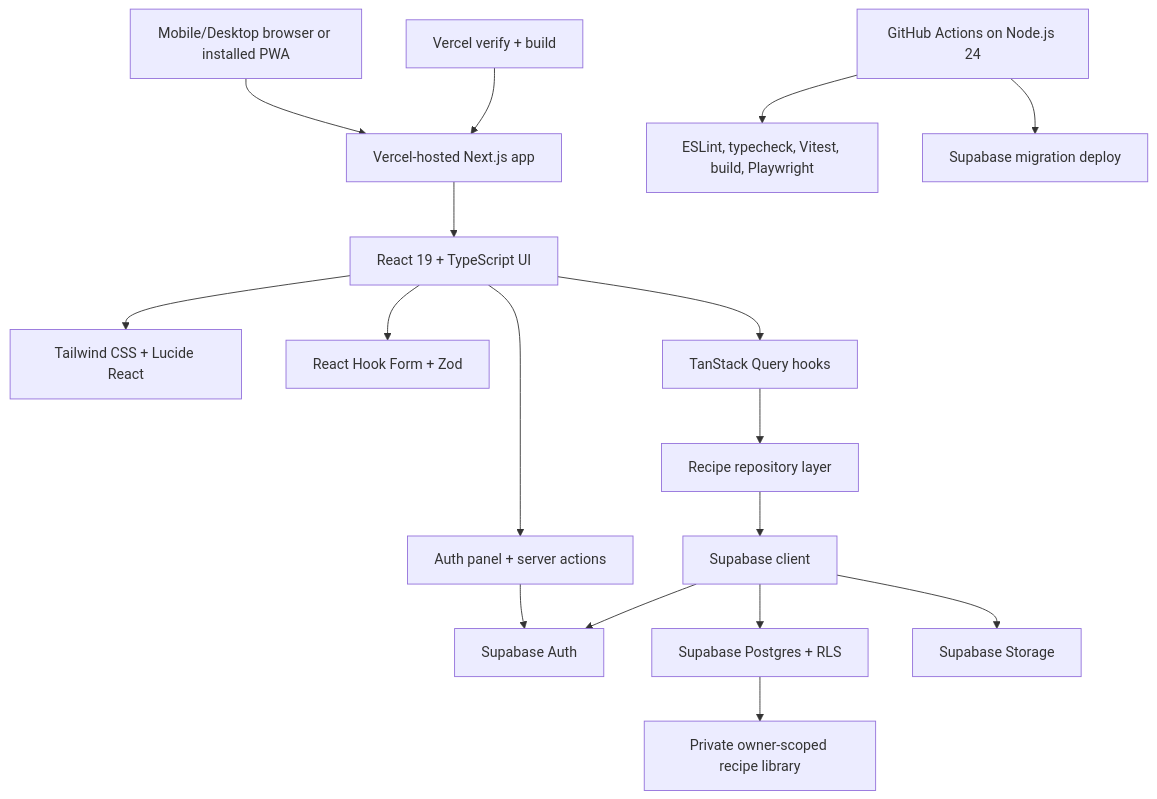
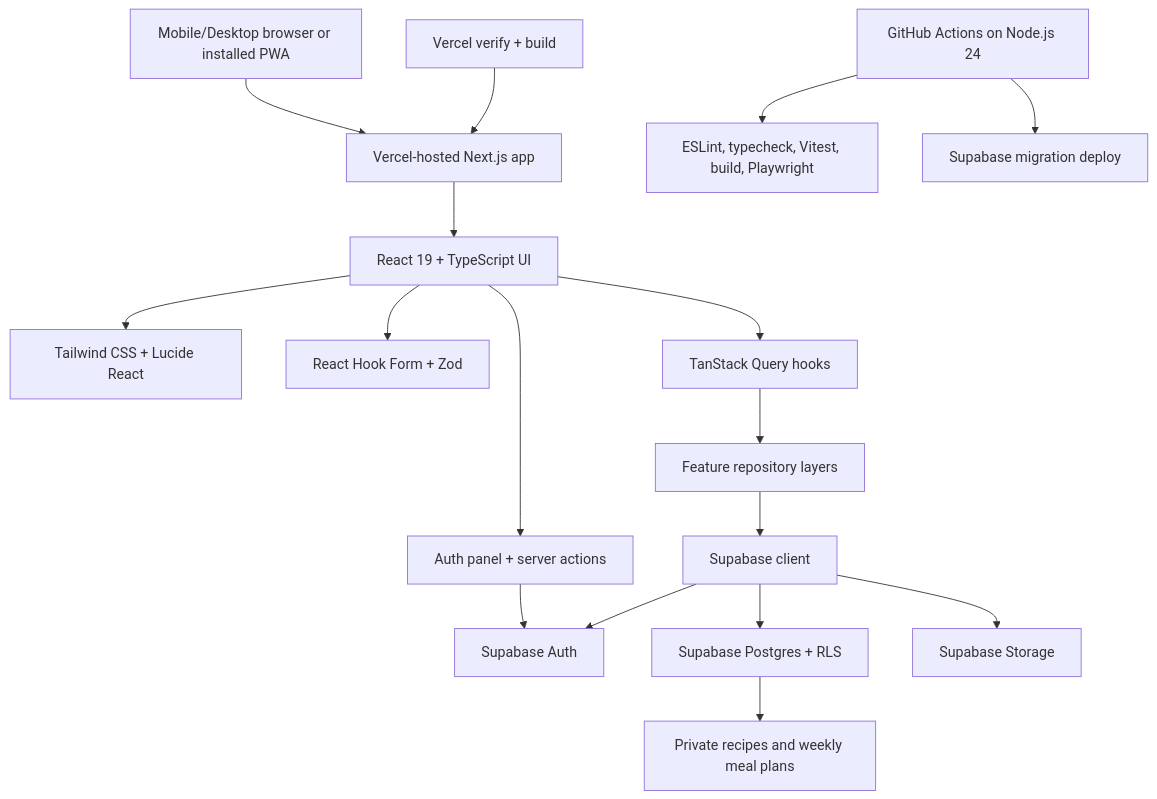
The first of 4 diagrams in docs/ARCHITECTURE.md (zzdlklzz/pocket-plates), drawn with Mermaid before and after one commit. The commit also changed other lines of this file and 22 other files, not shown here.

````diff
--- a/docs/ARCHITECTURE.md
+++ b/docs/ARCHITECTURE.md
@@ -27,19 +27,19 @@
 ```mermaid
 flowchart TD
     A["Mobile/Desktop browser or installed PWA"] --> B["Vercel-hosted Next.js app"]
     B --> C["React 19 + TypeScript UI"]
     C --> D["Tailwind CSS + Lucide React"]
     C --> E["React Hook Form + Zod"]
     C --> F["TanStack Query hooks"]
     C --> Q["Auth panel + server actions"]
     Q --> I["Supabase Auth"]
-    F --> G["Recipe repository layer"]
+    F --> G["Feature repository layers"]
     G --> H["Supabase client"]
     H --> I["Supabase Auth"]
     H --> J["Supabase Postgres + RLS"]
     H --> K["Supabase Storage"]
-    J --> L["Private owner-scoped recipe library"]
+    J --> L["Private recipes and weekly meal plans"]
     M["GitHub Actions on Node.js 24"] --> N["ESLint, typecheck, Vitest, build, Playwright"]
     M --> O["Supabase migration deploy"]
     P["Vercel verify + build"] --> B
 ```
````
